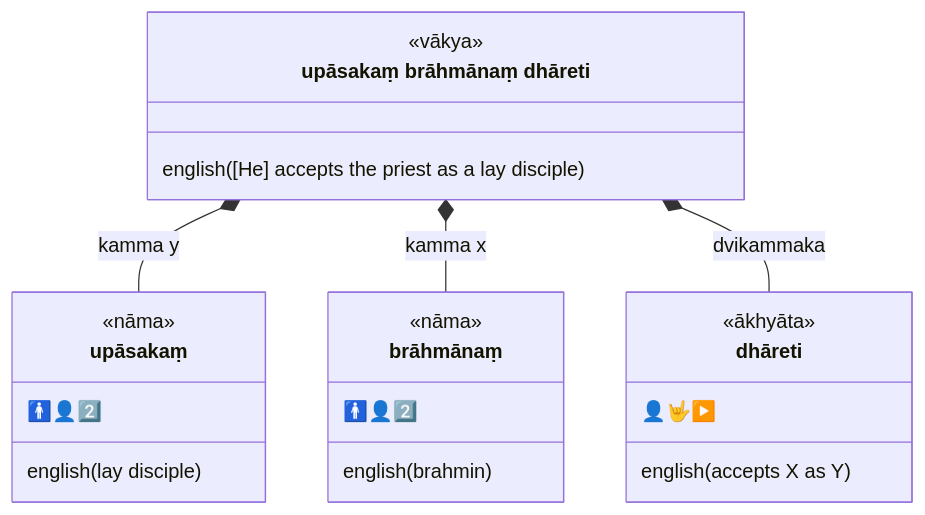
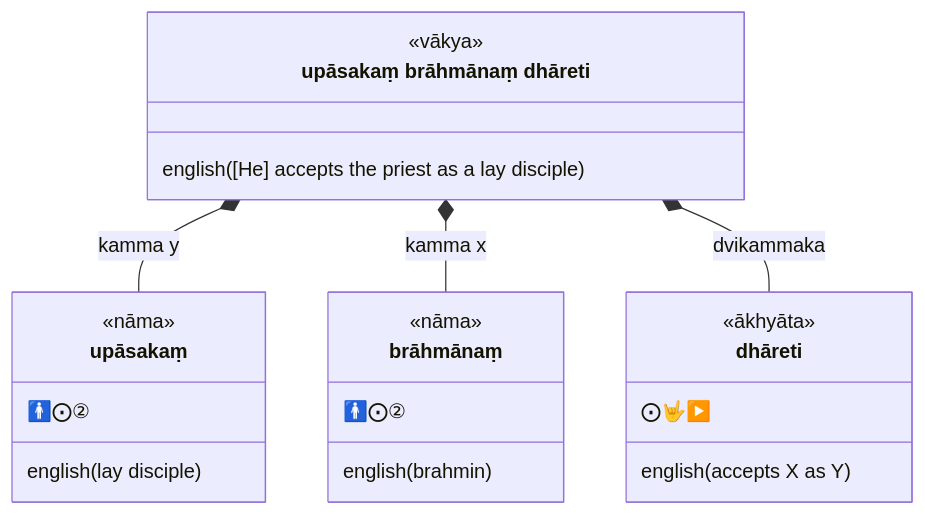
The fourth of 60 diagrams in content/en/docs/Pali/sentences.md (ChristineTham/buddhavacana), drawn with Mermaid before and after one commit. The commit also changed other lines of this file and 71 other files, not shown here.

````diff
--- a/content/en/docs/Pali/sentences.md
+++ b/content/en/docs/Pali/sentences.md
@@ -139,25 +139,25 @@
 ```mermaid
 classDiagram
   class sentence["upāsakaṃ brāhmānaṃ dhāreti"] {
     <<vākya>>
     english([He] accepts the priest as a lay disciple)
   }
   class upāsakaṃ {
     <<nāma>>
-    🚹👤2️⃣
+    🚹⨀②
     english(lay disciple)
   }
   class brāhmānaṃ {
     <<nāma>>
-    🚹👤2️⃣
+    🚹⨀②
     english(brahmin)
   }
   class dhāreti {
     <<ākhyāta>>
-     👤🤟▶️
+     ⨀🤟▶️
     english(accepts X as Y)
   }
   sentence *-- upāsakaṃ : kamma y
   sentence *-- brāhmānaṃ : kamma x
   sentence *-- dhāreti: dvikammaka
 ```
````
